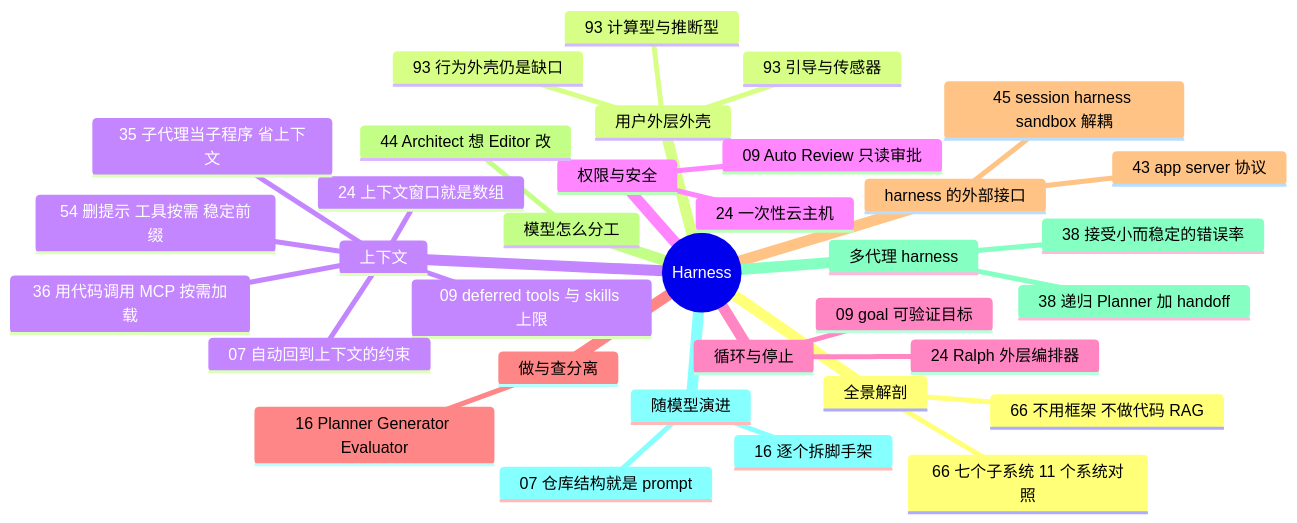
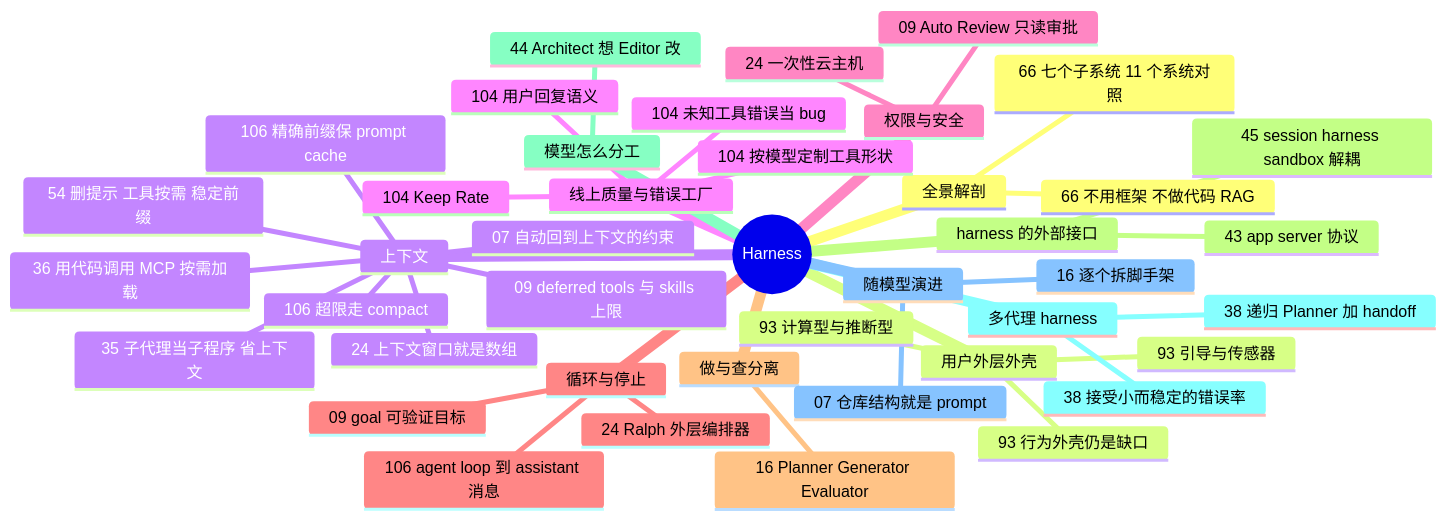
The diagram in docs/guide/harness.md (yzw7489757/ai-coding-videos), drawn with Mermaid before and after one commit. The commit also changed other lines of this file and 16 other files, not shown here.

First line of the commit message:
第十八批收录 #103–#106：官方 tips、Keep Rate harness、CursorBench、Codex agent loop

````diff
--- a/docs/guide/harness.md
+++ b/docs/guide/harness.md
@@ -13,37 +13,45 @@
 ```mermaid
 mindmap
   root((Harness))
     全景解剖
       66 七个子系统 11 个系统对照
       66 不用框架 不做代码 RAG
     用户外层外壳
       93 引导与传感器
       93 计算型与推断型
       93 行为外壳仍是缺口
     上下文
       09 deferred tools 与 skills 上限
       24 上下文窗口就是数组
       07 自动回到上下文的约束
       35 子代理当子程序 省上下文
       36 用代码调用 MCP 按需加载
       54 删提示 工具按需 稳定前缀
+      106 精确前缀保 prompt cache
+      106 超限走 compact
+    线上质量与错误工厂
+      104 Keep Rate
+      104 用户回复语义
+      104 未知工具错误当 bug
+      104 按模型定制工具形状
     权限与安全
       09 Auto Review 只读审批
       24 一次性云主机
     循环与停止
       09 goal 可验证目标
       24 Ralph 外层编排器
+      106 agent loop 到 assistant 消息
     做与查分离
       16 Planner Generator Evaluator
     harness 的外部接口
       43 app server 协议
       45 session harness sandbox 解耦
     模型怎么分工
       44 Architect 想 Editor 改
     多代理 harness
       38 递归 Planner 加 handoff
       38 接受小而稳定的错误率
     随模型演进
       16 逐个拆脚手架
       07 仓库结构就是 prompt
 ```
````
